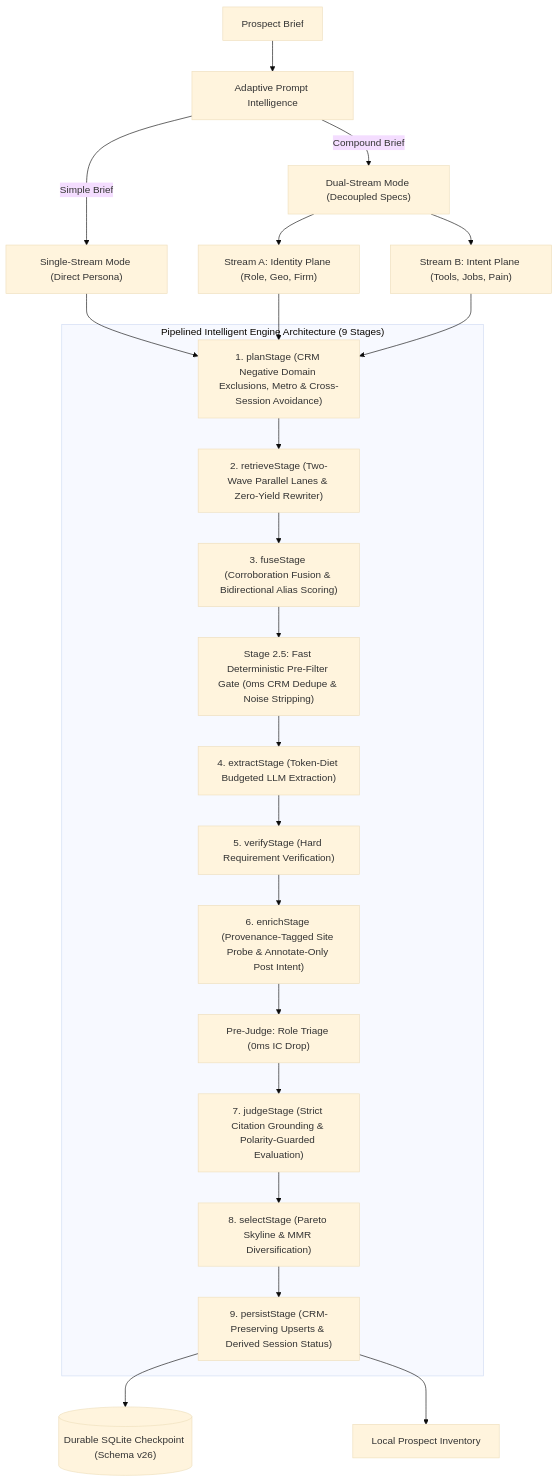
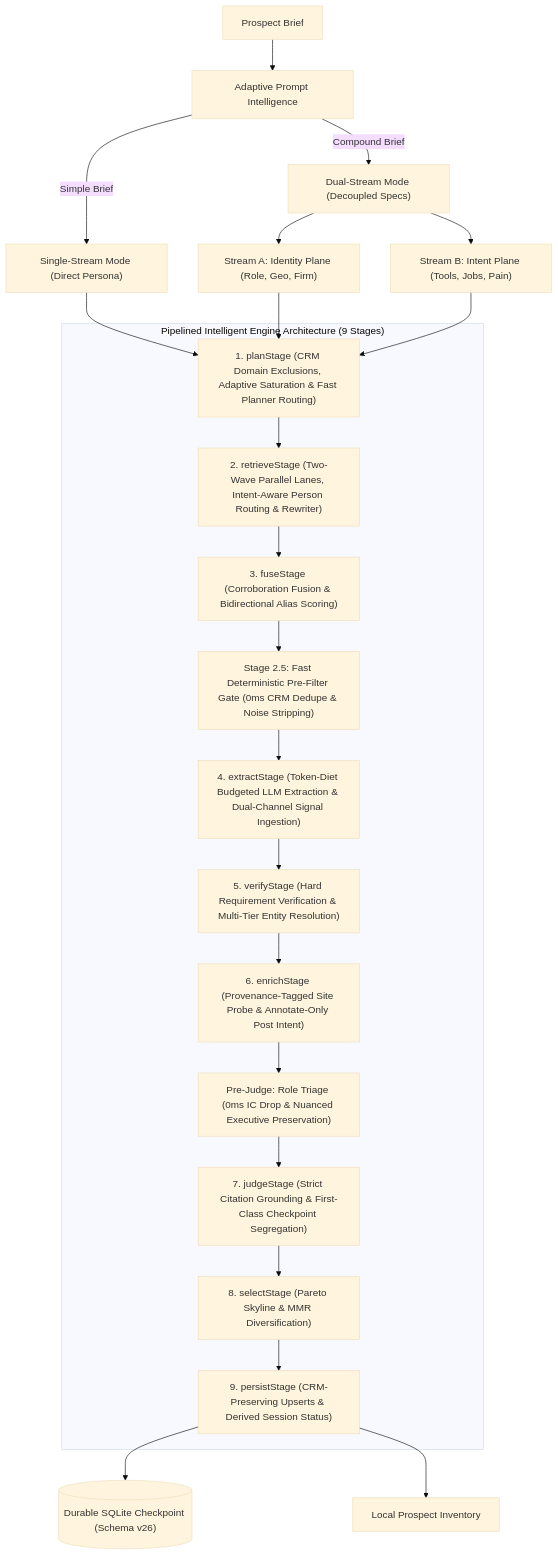
Before and after one commit to AliasHolmes/Apex-CRM: the first of 2 diagrams in README.md, drawn with Mermaid (base theme). The commit also changed other lines of this file and 11 other files, not shown here.

Commit message:
feat(leadSearch): resolve pipeline bottlenecks with adaptive saturation, multi-tier entity resolution, and checkpoint segregation

````diff
--- a/README.md
+++ b/README.md
@@ -45,31 +45,31 @@
 ```mermaid
 flowchart TD
     Brief["Prospect Brief"] --> Classifier["Adaptive Prompt Intelligence"]
     Classifier -->|Simple Brief| StreamIdentity["Single-Stream Mode (Direct Persona)"]
     Classifier -->|Compound Brief| StreamDual["Dual-Stream Mode (Decoupled Specs)"]
     StreamDual --> StreamA["Stream A: Identity Plane (Role, Geo, Firm)"]
     StreamDual --> StreamB["Stream B: Intent Plane (Tools, Jobs, Pain)"]
 
     subgraph Stages ["Pipelined Intelligent Engine Architecture (9 Stages)"]
-        Plan["1. planStage (CRM Negative Domain Exclusions, Metro & Cross-Session Avoidance)"]
-        Retrieve["2. retrieveStage (Two-Wave Parallel Lanes & Zero-Yield Rewriter)"]
+        Plan["1. planStage (CRM Domain Exclusions, Adaptive Saturation & Fast Planner Routing)"]
+        Retrieve["2. retrieveStage (Two-Wave Parallel Lanes, Intent-Aware Person Routing & Rewriter)"]
         Fuse["3. fuseStage (Corroboration Fusion & Bidirectional Alias Scoring)"]
         PreFilter["Stage 2.5: Fast Deterministic Pre-Filter Gate (0ms CRM Dedupe & Noise Stripping)"]
-        Extract["4. extractStage (Token-Diet Budgeted LLM Extraction)"]
-        Verify["5. verifyStage (Hard Requirement Verification)"]
+        Extract["4. extractStage (Token-Diet Budgeted LLM Extraction & Dual-Channel Signal Ingestion)"]
+        Verify["5. verifyStage (Hard Requirement Verification & Multi-Tier Entity Resolution)"]
         Enrich["6. enrichStage (Provenance-Tagged Site Probe & Annotate-Only Post Intent)"]
-        PreJudge["Pre-Judge: Role Triage (0ms IC Drop)"]
-        Judge["7. judgeStage (Strict Citation Grounding & Polarity-Guarded Evaluation)"]
+        PreJudge["Pre-Judge: Role Triage (0ms IC Drop & Nuanced Executive Preservation)"]
+        Judge["7. judgeStage (Strict Citation Grounding & First-Class Checkpoint Segregation)"]
         Select["8. selectStage (Pareto Skyline & MMR Diversification)"]
         Persist["9. persistStage (CRM-Preserving Upserts & Derived Session Status)"]
 
         Plan --> Retrieve --> Fuse --> PreFilter --> Extract --> Verify --> Enrich --> PreJudge --> Judge --> Select --> Persist
     end
 
     StreamIdentity --> Plan
     StreamA --> Plan
     StreamB --> Plan
 
     Persist --> Checkpoint[("Durable SQLite Checkpoint (Schema v26)")]
     Persist --> Inventory["Local Prospect Inventory"]
 ```
````
